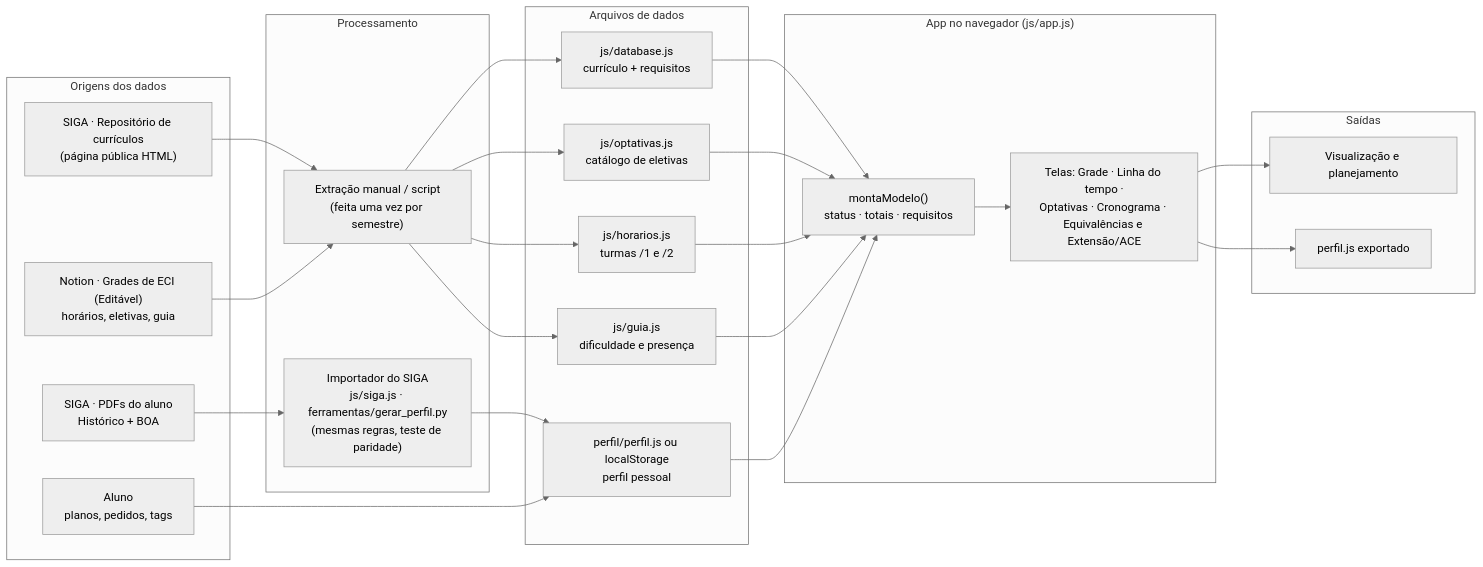
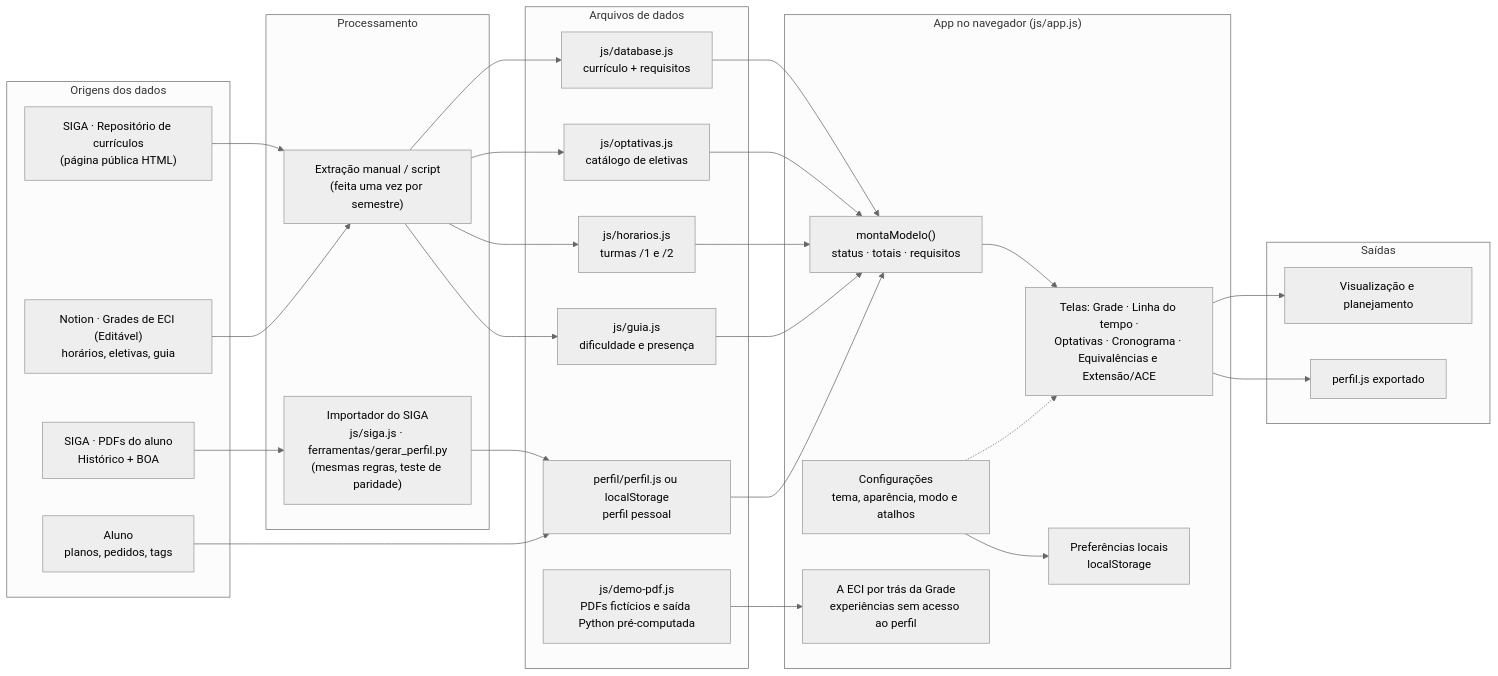
Before and after one commit to JoaoAndrade01/grade: the first of 3 diagrams in docs/ARQUITETURA.md, drawn with Mermaid (neutral theme). The commit also changed 4 other files, not shown here.

Commit message:
Atualiza documentação e guia de publicação da Grade ECI

````diff
--- a/docs/ARQUITETURA.md
+++ b/docs/ARQUITETURA.md
@@ -19,39 +19,46 @@
 ```mermaid
 flowchart LR
   subgraph ORIGENS["Origens dos dados"]
     SIGA_CUR["SIGA · Repositório de currículos<br/>(página pública HTML)"]
     SIGA_PDF["SIGA · PDFs do aluno<br/>Histórico + BOA"]
     NOTION["Notion · Grades de ECI (Editável)<br/>horários, eletivas, guia"]
     ALUNO["Aluno<br/>planos, pedidos, tags"]
   end
 
   subgraph PROC["Processamento"]
     MANUAL["Extração manual / script<br/>(feita uma vez por semestre)"]
     IMPORT["Importador do SIGA<br/>js/siga.js · ferramentas/gerar_perfil.py<br/>(mesmas regras, teste de paridade)"]
   end
 
   subgraph DADOS["Arquivos de dados"]
     DB["js/database.js<br/>currículo + requisitos"]
     OPT["js/optativas.js<br/>catálogo de eletivas"]
     HOR["js/horarios.js<br/>turmas /1 e /2"]
     GUIA["js/guia.js<br/>dificuldade e presença"]
     PERFIL["perfil/perfil.js ou localStorage<br/>perfil pessoal"]
+    DEMO["js/demo-pdf.js<br/>PDFs fictícios e saída Python pré-computada"]
   end
 
   subgraph APP["App no navegador (js/app.js)"]
     MODELO["montaModelo()<br/>status · totais · requisitos"]
     TELAS["Telas: Grade · Linha do tempo ·<br/>Optativas · Cronograma · Equivalências e Extensão/ACE"]
+    CFG["Configurações<br/>tema, aparência, modo e atalhos"]
+    PREF["Preferências locais<br/>localStorage"]
+    ECI["A ECI por trás da Grade<br/>experiências sem acesso ao perfil"]
   end
 
   subgraph SAIDAS["Saídas"]
     VER["Visualização e planejamento"]
     EXP["perfil.js exportado"]
   end
 
   SIGA_CUR --> MANUAL --> DB & OPT
   NOTION --> MANUAL --> HOR & GUIA
   SIGA_PDF --> IMPORT --> PERFIL
   ALUNO --> PERFIL
   DB & OPT & HOR & GUIA & PERFIL --> MODELO --> TELAS --> VER
   TELAS --> EXP
+  CFG --> PREF
+  CFG -.-> TELAS
+  DEMO --> ECI
 ```
````
